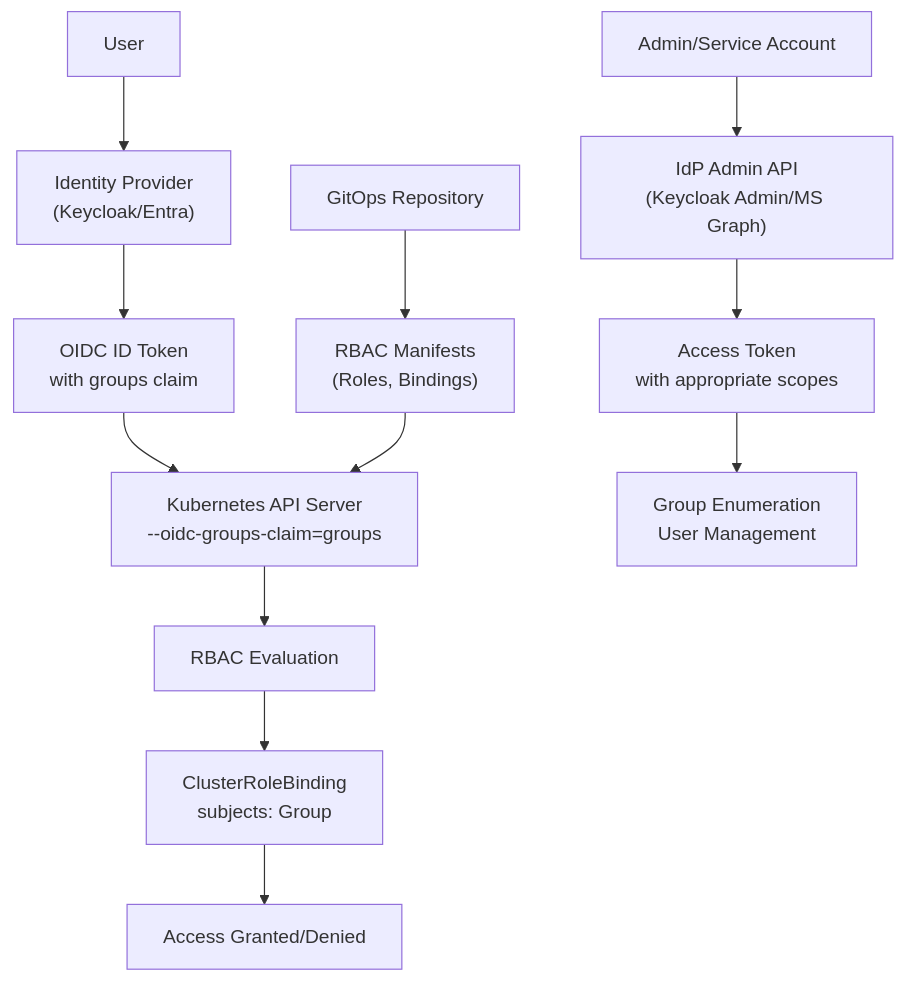
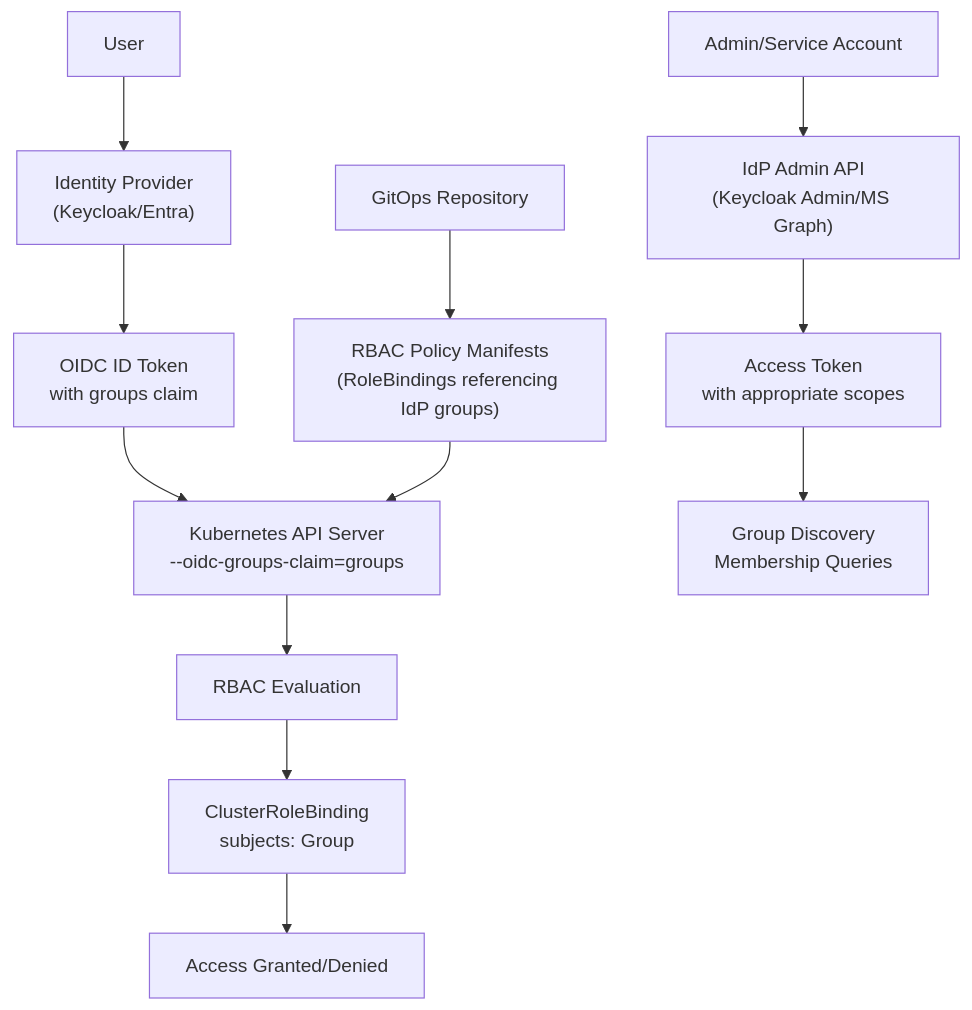
One commit to jctanner/rhoai-hacking changed the first of 3 diagrams in docs/K8S-OPENSHIFT-DIRECT-OIDC-GROUPS.md. Above: the diagram before and after it, drawn with Mermaid. The commit also changed other lines of this file, not shown here.

````diff
--- a/docs/K8S-OPENSHIFT-DIRECT-OIDC-GROUPS.md
+++ b/docs/K8S-OPENSHIFT-DIRECT-OIDC-GROUPS.md
@@ -17,16 +17,16 @@
 ```mermaid
 graph TD
     A["User"] --> B["Identity Provider<br/>(Keycloak/Entra)"]
     B --> C["OIDC ID Token<br/>with groups claim"]
     C --> D["Kubernetes API Server<br/>--oidc-groups-claim=groups"]
     D --> E["RBAC Evaluation"]
     E --> F["ClusterRoleBinding<br/>subjects: Group"]
     F --> G["Access Granted/Denied"]
     
     H["Admin/Service Account"] --> I["IdP Admin API<br/>(Keycloak Admin/MS Graph)"]
     I --> J["Access Token<br/>with appropriate scopes"]
-    J --> K["Group Enumeration<br/>User Management"]
+    J --> K["Group Discovery<br/>Membership Queries"]
     
-    L["GitOps Repository"] --> M["RBAC Manifests<br/>(Roles, Bindings)"]
+    L["GitOps Repository"] --> M["RBAC Policy Manifests<br/>(RoleBindings referencing IdP groups)"]
     M --> D
 ```
````
